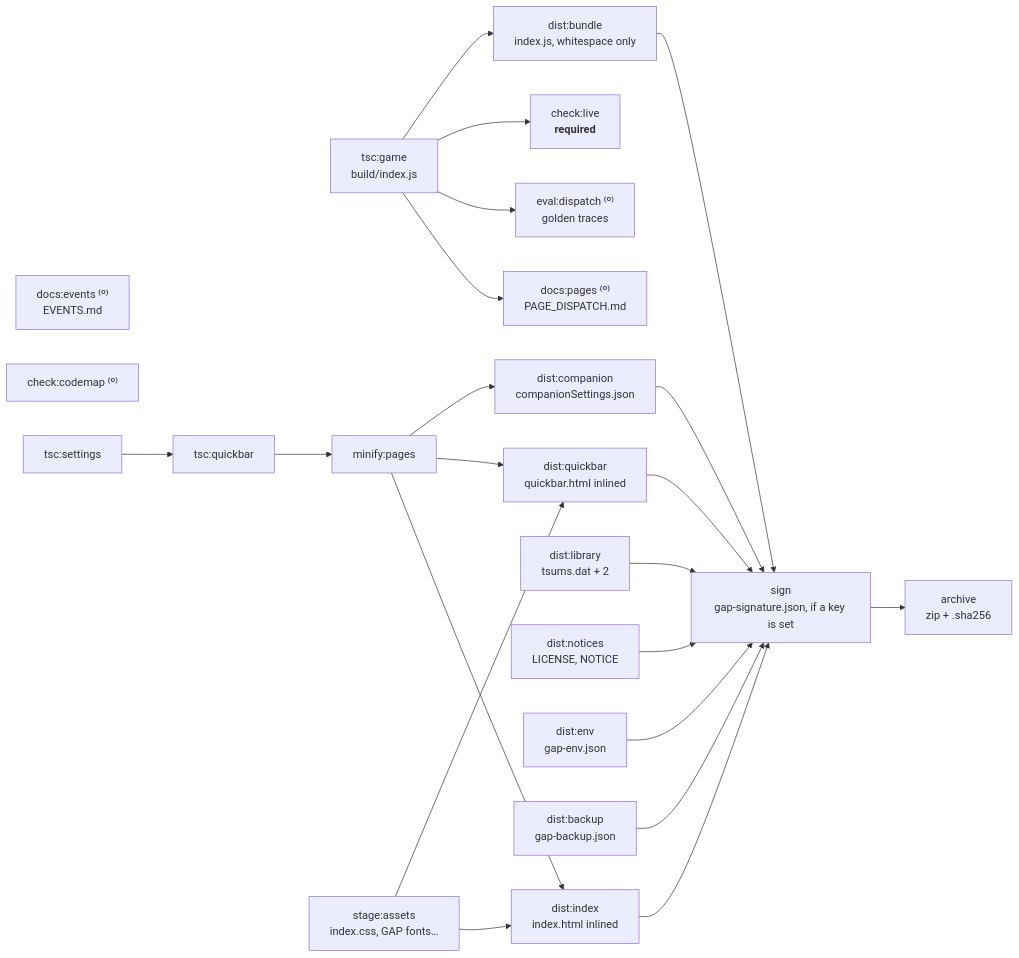
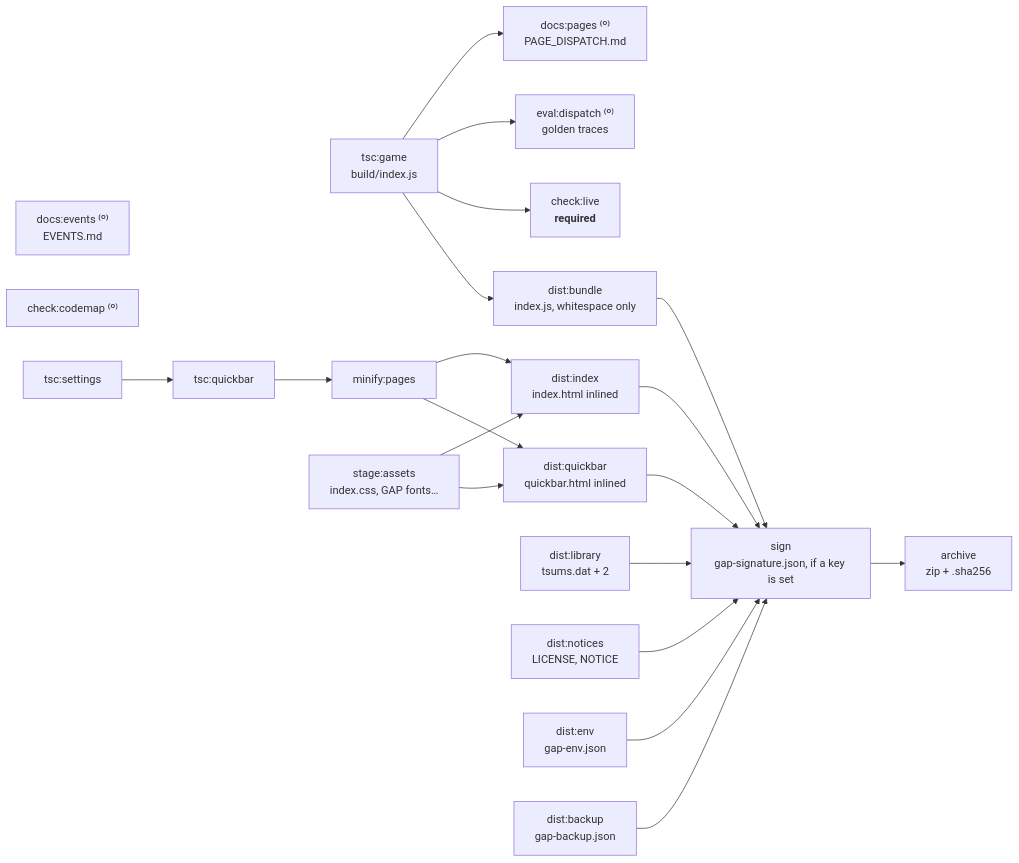
The first of 2 diagrams in docs/architecture/build-and-release.md (TsumTsumScripts/website), drawn with Mermaid before and after one commit. The commit also changed 6 other files, not shown here.

````diff
--- a/docs/architecture/build-and-release.md
+++ b/docs/architecture/build-and-release.md
@@ -16,27 +16,26 @@
 ```mermaid
 flowchart LR
   tscg["tsc:game<br/>build/index.js"]
   docsp["docs:pages ⁽ᵒ⁾<br/>PAGE_DISPATCH.md"]
   docse["docs:events ⁽ᵒ⁾<br/>EVENTS.md"]
   evald["eval:dispatch ⁽ᵒ⁾<br/>golden traces"]
   map["check:codemap ⁽ᵒ⁾"]
   live["check:live<br/><b>required</b>"]
   tscs["tsc:settings"]
   tscq["tsc:quickbar"]
   minp["minify:pages"]
   stage["stage:assets<br/>index.css, GAP fonts…"]
   di["dist:index<br/>index.html inlined"]
   dq["dist:quickbar<br/>quickbar.html inlined"]
   db["dist:bundle<br/>index.js, whitespace only"]
   dl["dist:library<br/>tsums.dat + 2"]
   dn["dist:notices<br/>LICENSE, NOTICE"]
   de["dist:env<br/>gap-env.json"]
   dk["dist:backup<br/>gap-backup.json"]
-  dc["dist:companion<br/>companionSettings.json"]
   sg["sign<br/>gap-signature.json, if a key is set"]
   arc["archive<br/>zip + .sha256"]
   tscg --> docsp & evald & live & db
-  tscs --> tscq --> minp --> di & dq & dc
+  tscs --> tscq --> minp --> di & dq
   stage --> di & dq
-  di & dq & db & dl & dn & de & dk & dc --> sg --> arc
+  di & dq & db & dl & dn & de & dk --> sg --> arc
 ```
````
